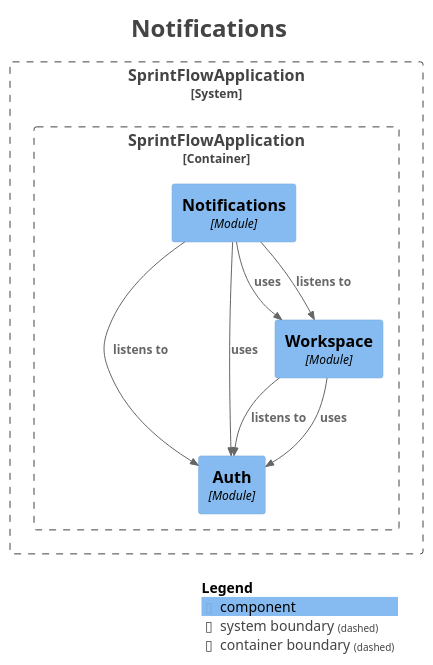
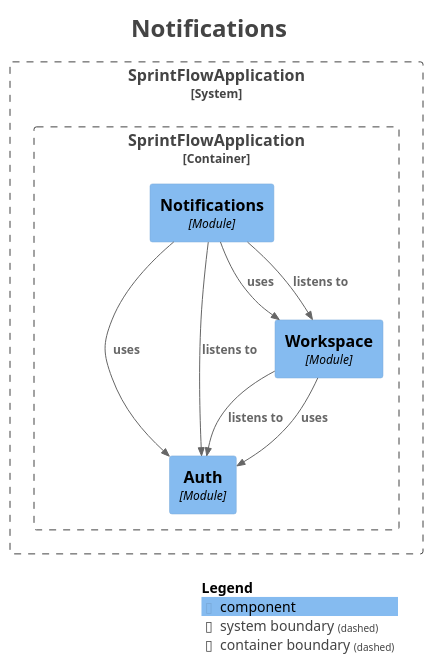
One commit to Mouaz7/sprintflow-insight changed the diagram in docs/architecture/module-notifications.puml. Above: the diagram before and after it, drawn with PlantUML. The commit also changed other lines of this file and 81 other files, not shown here.

```diff
--- a/docs/architecture/module-notifications.puml
+++ b/docs/architecture/module-notifications.puml
@@ -1,36 +1,36 @@
 @startuml
 title <size:24>Notifications</size>
 
 set separator none
 top to bottom direction
 
 <style>
   root {
     BackgroundColor: #ffffff
     FontColor: #444444
   }
 </style>
 
 !include <C4/C4>
 !include <C4/C4_Context>
 !include <C4/C4_Component>
 
 System_Boundary("SprintFlowApplication_boundary", "SprintFlowApplication", $tags="") {
   Container_Boundary("SprintFlowApplication.SprintFlowApplication_boundary", "SprintFlowApplication", $tags="") {
     Component(SprintFlowApplication.SprintFlowApplication.Auth, "Auth", $techn="Module", $descr="", $tags="", $link="")
     Component(SprintFlowApplication.SprintFlowApplication.Workspace, "Workspace", $techn="Module", $descr="", $tags="", $link="")
     Component(SprintFlowApplication.SprintFlowApplication.Notifications, "Notifications", $techn="Module", $descr="", $tags="", $link="")
   }
 
 }
 
-Rel(SprintFlowApplication.SprintFlowApplication.Notifications, SprintFlowApplication.SprintFlowApplication.Auth, "listens to", $techn="", $tags="", $link="")
 Rel(SprintFlowApplication.SprintFlowApplication.Notifications, SprintFlowApplication.SprintFlowApplication.Auth, "uses", $techn="", $tags="", $link="")
 Rel(SprintFlowApplication.SprintFlowApplication.Notifications, SprintFlowApplication.SprintFlowApplication.Workspace, "uses", $techn="", $tags="", $link="")
 Rel(SprintFlowApplication.SprintFlowApplication.Workspace, SprintFlowApplication.SprintFlowApplication.Auth, "listens to", $techn="", $tags="", $link="")
 Rel(SprintFlowApplication.SprintFlowApplication.Workspace, SprintFlowApplication.SprintFlowApplication.Auth, "uses", $techn="", $tags="", $link="")
 Rel(SprintFlowApplication.SprintFlowApplication.Notifications, SprintFlowApplication.SprintFlowApplication.Workspace, "listens to", $techn="", $tags="", $link="")
+Rel(SprintFlowApplication.SprintFlowApplication.Notifications, SprintFlowApplication.SprintFlowApplication.Auth, "listens to", $techn="", $tags="", $link="")
 
 SHOW_LEGEND(true)
 hide stereotypes
 @enduml
```
